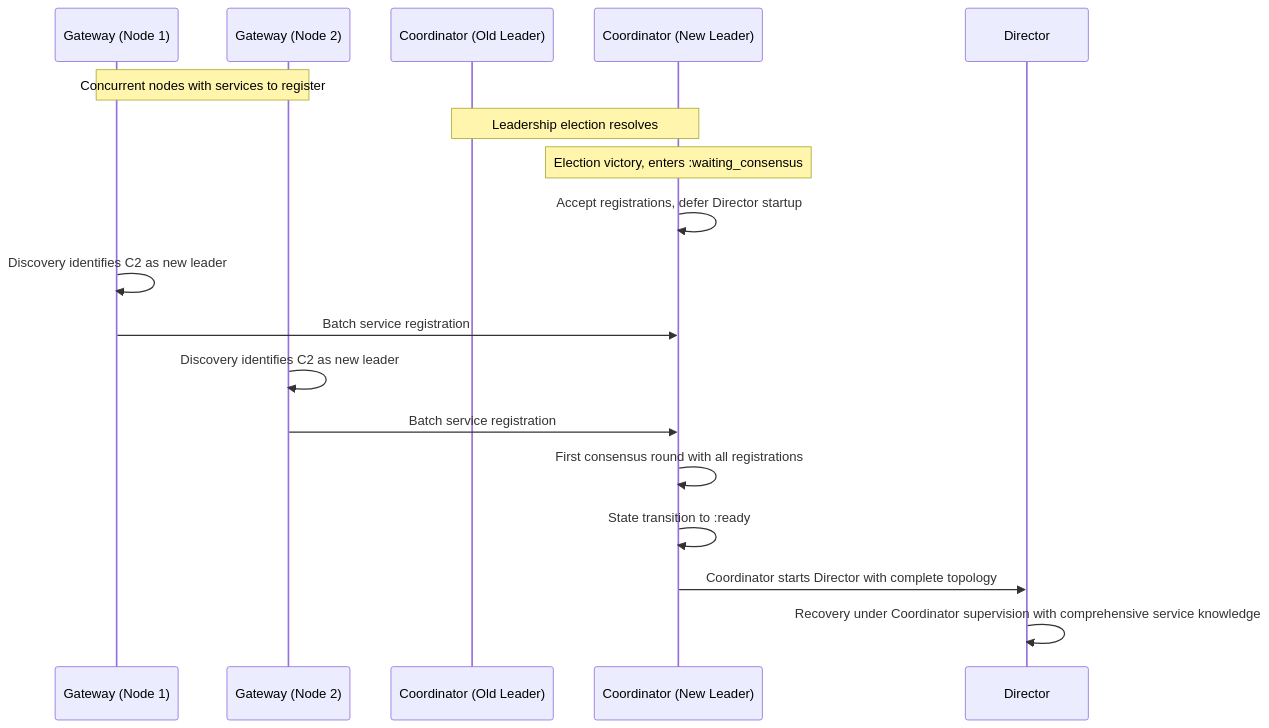
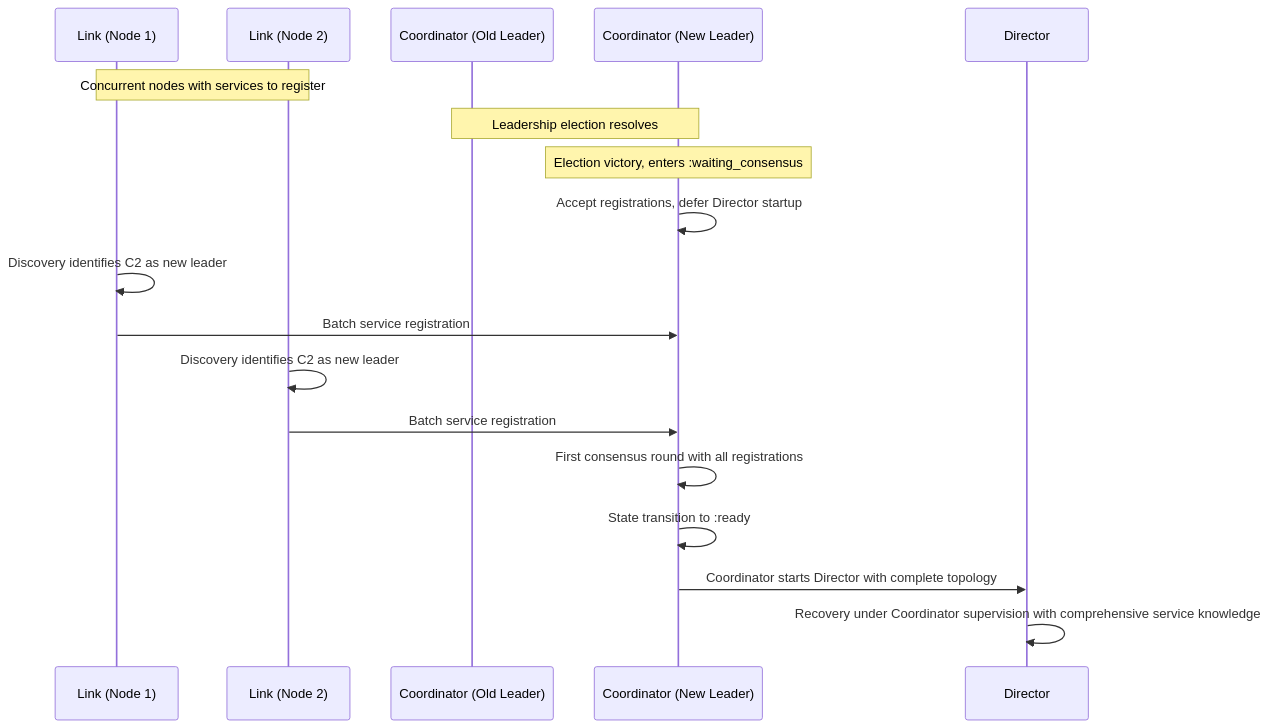
The fifth of 5 diagrams in guides/deep-dives/cluster-startup.md (bedrock-kv/bedrock), drawn with Mermaid before and after one commit. The commit also changed other lines of this file and 25 other files, not shown here.

````diff
--- a/guides/deep-dives/cluster-startup.md
+++ b/guides/deep-dives/cluster-startup.md
@@ -214,24 +214,24 @@
 ```mermaid
 sequenceDiagram
-    participant G1 as Gateway (Node 1)
-    participant G2 as Gateway (Node 2)
+    participant G1 as Link (Node 1)
+    participant G2 as Link (Node 2)
     participant C1 as Coordinator (Old Leader)
     participant C2 as Coordinator (New Leader)
     participant D as Director
 
     Note over G1,G2: Concurrent nodes with services to register
     Note over C1,C2: Leadership election resolves
     
     Note over C2: Election victory, enters :waiting_consensus
     C2->>C2: Accept registrations, defer Director startup
     
     G1->>G1: Discovery identifies C2 as new leader
     G1->>C2: Batch service registration
     G2->>G2: Discovery identifies C2 as new leader
     G2->>C2: Batch service registration
     
     C2->>C2: First consensus round with all registrations
     C2->>C2: State transition to :ready
     C2->>D: Coordinator starts Director with complete topology
     D->>D: Recovery under Coordinator supervision with comprehensive service knowledge
 ```
````
